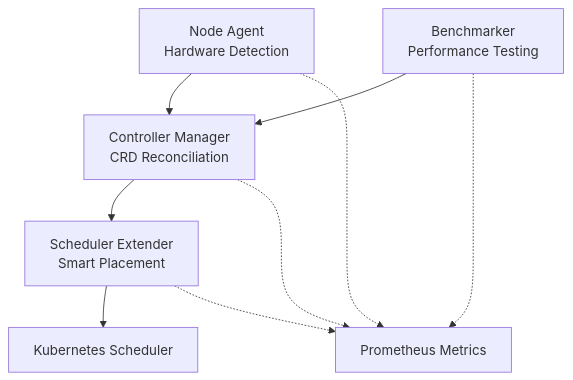
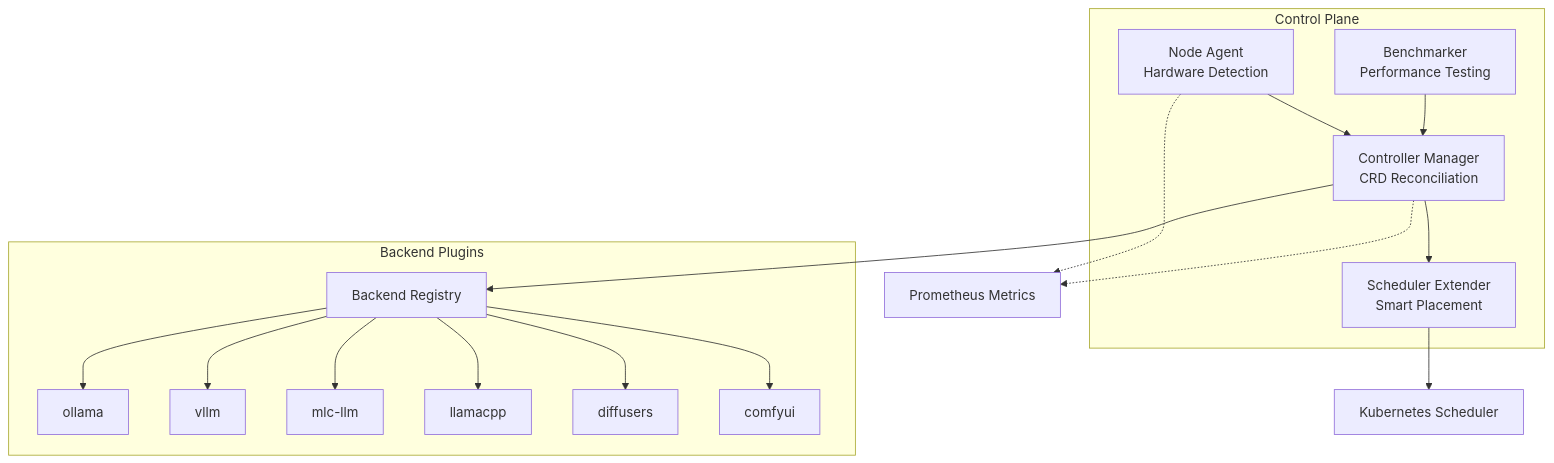
Before and after one commit to flexinfer/flexinfer: the diagram in README.md, drawn with Mermaid. The commit also changed other lines of this file, not shown here.

First line of the commit message:
docs: update README with v1alpha2 Model CRD documentation

````diff
--- a/README.md
+++ b/README.md
@@ -55,12 +57,23 @@
 ```mermaid
 graph TB
-    Agent[Node Agent<br/>Hardware Detection] --> Controller[Controller Manager<br/>CRD Reconciliation]
-    Benchmarker[Benchmarker<br/>Performance Testing] --> Controller
-    Controller --> Scheduler[Scheduler Extender<br/>Smart Placement]
+    subgraph "Control Plane"
+        Agent[Node Agent<br/>Hardware Detection] --> Controller[Controller Manager<br/>CRD Reconciliation]
+        Benchmarker[Benchmarker<br/>Performance Testing] --> Controller
+        Controller --> Scheduler[Scheduler Extender<br/>Smart Placement]
+    end
+
+    subgraph "Backend Plugins"
+        Controller --> Backend[Backend Registry]
+        Backend --> Ollama[ollama]
+        Backend --> VLLM[vllm]
+        Backend --> MLC[mlc-llm]
+        Backend --> LlamaCpp[llamacpp]
+        Backend --> Diffusers[diffusers]
+        Backend --> ComfyUI[comfyui]
+    end
+
     Scheduler --> K8s[Kubernetes Scheduler]
 
     Agent -.-> Metrics[Prometheus Metrics]
     Controller -.-> Metrics
-    Benchmarker -.-> Metrics
-    Scheduler -.-> Metrics
 ```
````
